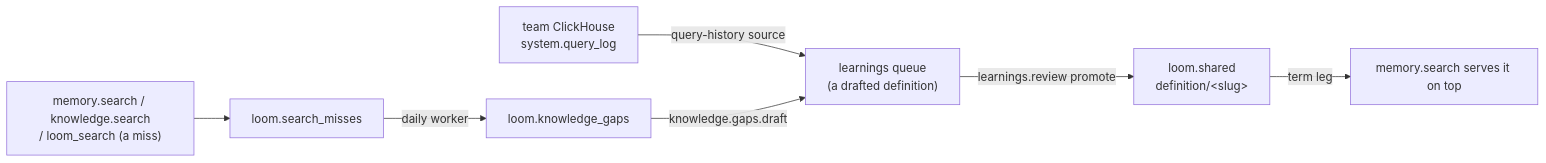
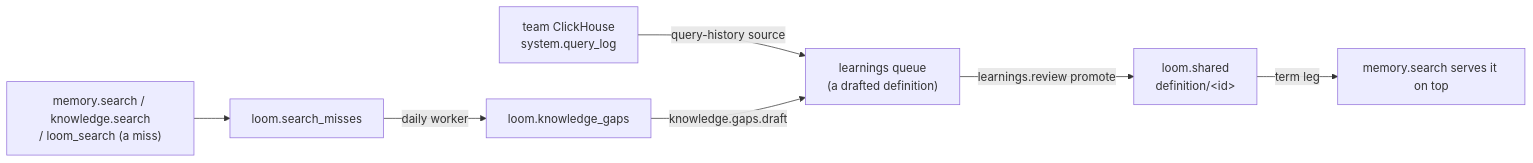
Before and after one commit to ClickHouse/loom: the diagram in docs/development/curation-loop-design.md, drawn with Mermaid. The commit also changed other lines of this file, not shown here.

Commit message:
docs: definition keys no longer encode the term; names fold for comparison only; marks continue either edge

````diff
--- a/docs/development/curation-loop-design.md
+++ b/docs/development/curation-loop-design.md
@@ -15,9 +15,9 @@
 ```mermaid
 flowchart LR
     S["memory.search / knowledge.search<br/>/ loom_search (a miss)"] --> M["loom.search_misses"]
     M -->|"daily worker"| G["loom.knowledge_gaps"]
     Q["team ClickHouse<br/>system.query_log"] -->|"query-history source"| L
     G -->|"knowledge.gaps.draft"| L["learnings queue<br/>(a drafted definition)"]
-    L -->|"learnings.review promote"| D["loom.shared<br/>definition/&lt;slug&gt;"]
+    L -->|"learnings.review promote"| D["loom.shared<br/>definition/&lt;id&gt;"]
     D -->|"term leg"| R["memory.search serves it on top"]
 ```
````
